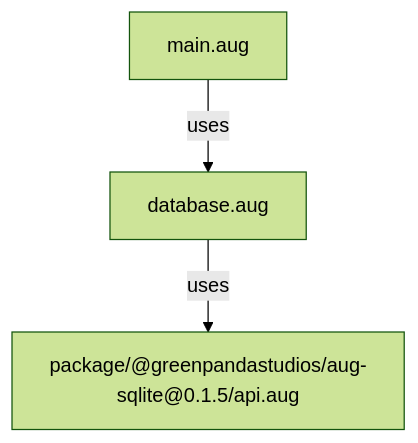
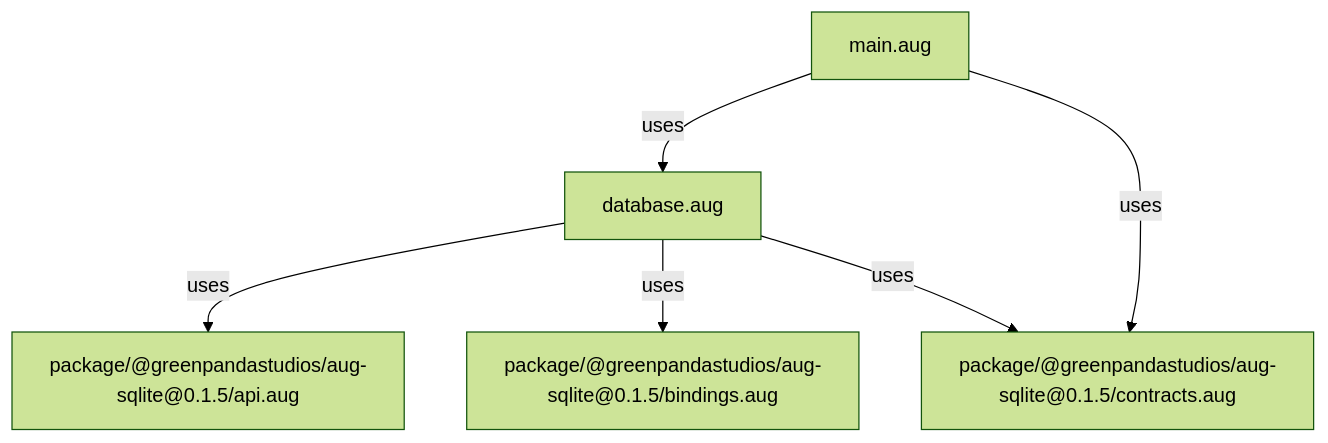
Before and after one commit to GreenPandaStudios/augscript: the second of 2 diagrams in docs/examples/native-sqlite/diagrams/index.md, drawn with Mermaid (forest theme). The commit also changed other lines of this file and 289 other files, not shown here.

Commit message:
Correct diagram control flow and complete generated wiki navigation

````diff
--- a/docs/examples/native-sqlite/diagrams/index.md
+++ b/docs/examples/native-sqlite/diagrams/index.md
@@ -30,8 +30,13 @@
 ```mermaid
 flowchart TD
     n0["database.aug"]
     n1["main.aug"]
     n2["package/@greenpandastudios/aug-sqlite@0.1.5/api.aug"]
+    n3["package/@greenpandastudios/aug-sqlite@0.1.5/bindings.aug"]
+    n4["package/@greenpandastudios/aug-sqlite@0.1.5/contracts.aug"]
     n0 -->|"uses"| n2
+    n0 -->|"uses"| n3
+    n0 -->|"uses"| n4
     n1 -->|"uses"| n0
+    n1 -->|"uses"| n4
 ```
````
